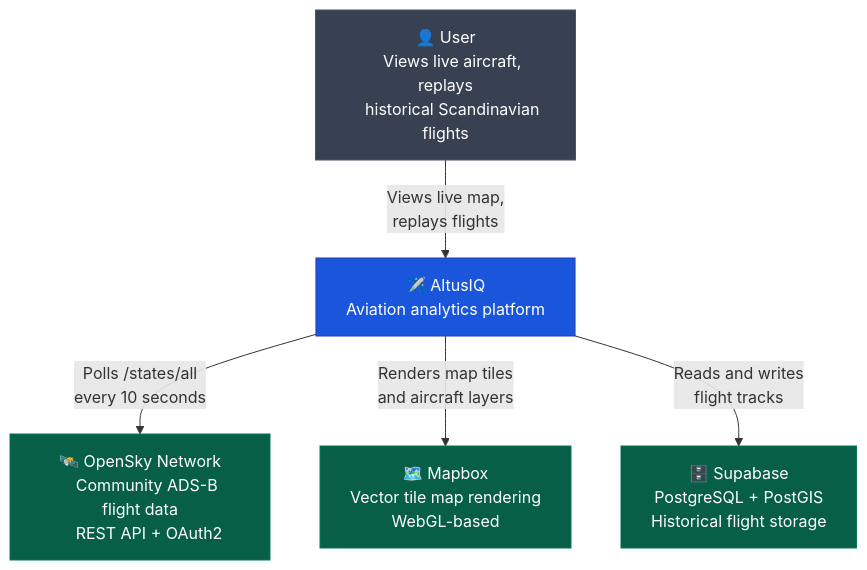
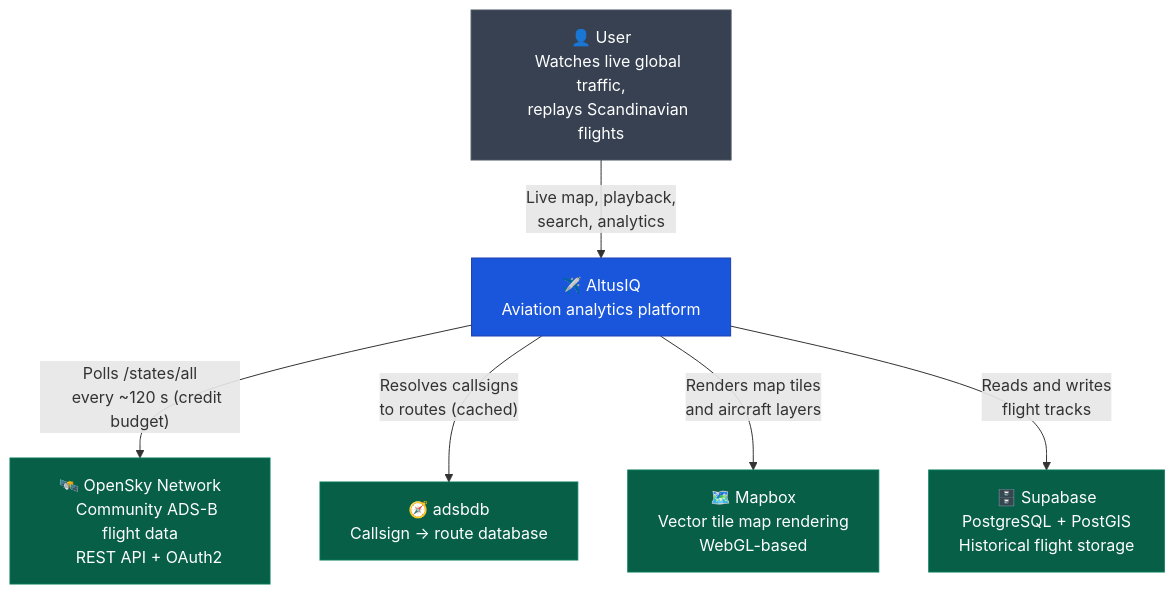
Before and after one commit to Anesiadis-Th/altusiq: the first of 2 diagrams in README.md, drawn with Mermaid. The commit also changed other lines of this file and 2 other files, not shown here.

Commit message:
docs: rewrite README for Phase 3 — 120s credit-budget polling, dead-reckoning, analytics; add frontend .env.local.example

````diff
--- a/README.md
+++ b/README.md
@@ -19,36 +40,42 @@
 ```mermaid
 graph TB
     User["👤 User
-    Views live aircraft, replays
-    historical Scandinavian flights"]
+    Watches live global traffic,
+    replays Scandinavian flights"]
 
     AltusIQ["✈️ AltusIQ
     Aviation analytics platform"]
 
     OpenSky["🛰️ OpenSky Network
     Community ADS-B flight data
     REST API + OAuth2"]
+
+    Adsbdb["🧭 adsbdb
+    Callsign → route database"]
 
     Mapbox["🗺️ Mapbox
     Vector tile map rendering
     WebGL-based"]
 
     Supabase["🗄️ Supabase
     PostgreSQL + PostGIS
     Historical flight storage"]
 
-    User -->|"Views live map,
-    replays flights"| AltusIQ
+    User -->|"Live map, playback,
+    search, analytics"| AltusIQ
     AltusIQ -->|"Polls /states/all
-    every 10 seconds"| OpenSky
+    every ~120 s (credit budget)"| OpenSky
+    AltusIQ -->|"Resolves callsigns
+    to routes (cached)"| Adsbdb
     AltusIQ -->|"Renders map tiles
     and aircraft layers"| Mapbox
     AltusIQ -->|"Reads and writes
     flight tracks"| Supabase
 
     style AltusIQ fill:#1a56db,stroke:#1e40af,color:#fff
     style User fill:#374151,stroke:#4b5563,color:#fff
     style OpenSky fill:#065f46,stroke:#047857,color:#fff
+    style Adsbdb fill:#065f46,stroke:#047857,color:#fff
     style Mapbox fill:#065f46,stroke:#047857,color:#fff
     style Supabase fill:#065f46,stroke:#047857,color:#fff
 ```
````
